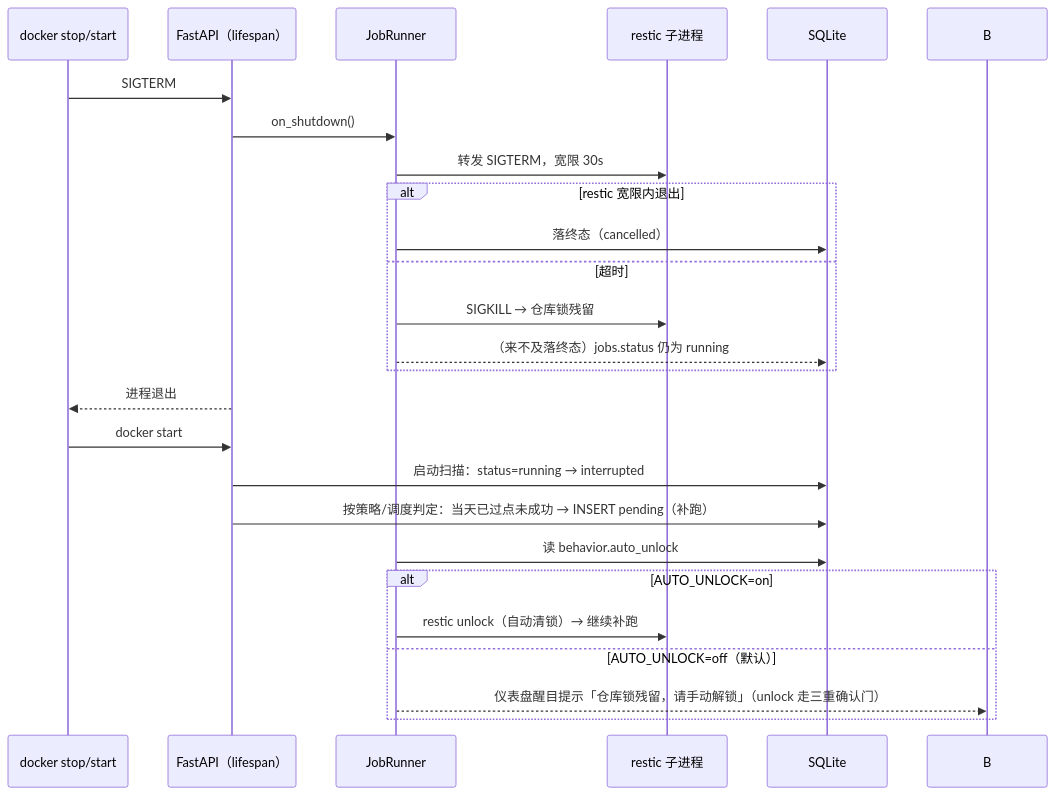
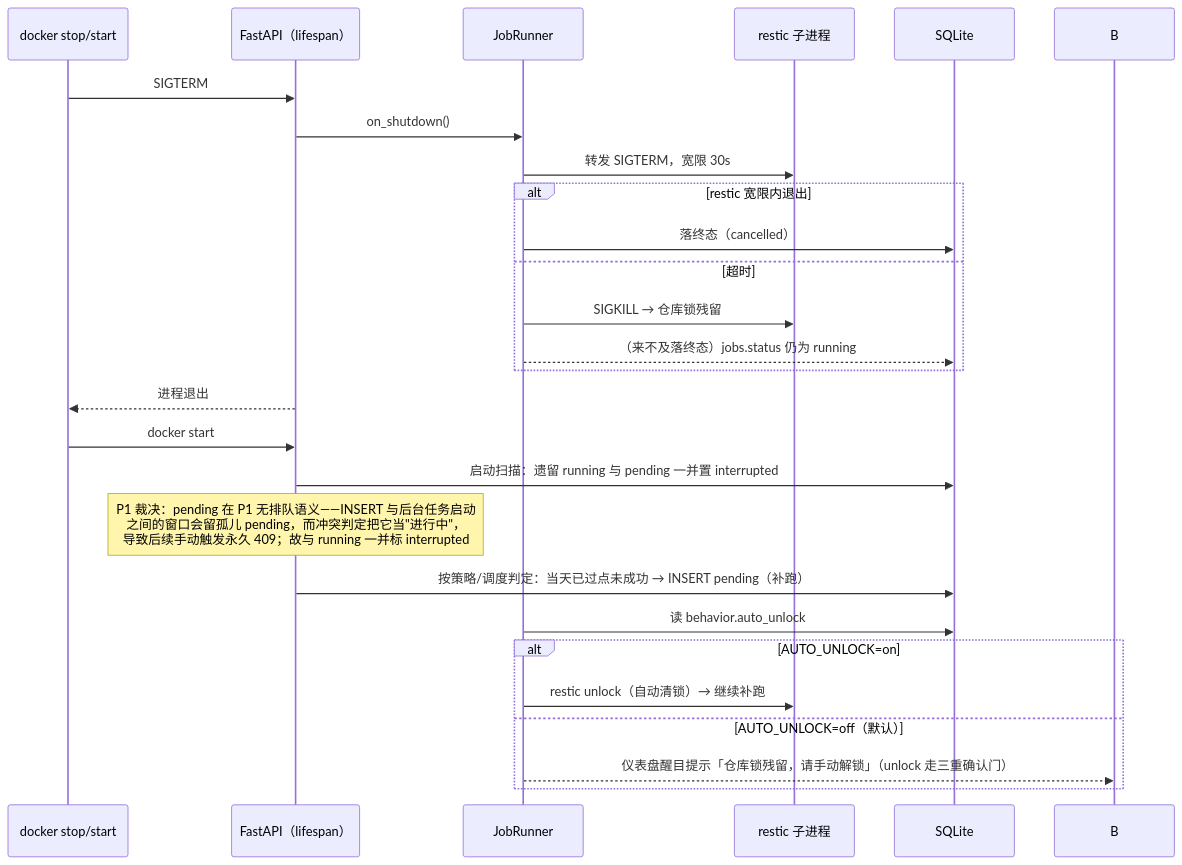
The seventh of 7 diagrams in web版/docs/架构设计文档.md (dolphin738/restic-docker-backup), drawn with Mermaid before and after one commit. The commit also changed other lines of this file and 1 other file, not shown here.

````diff
--- a/web版/docs/架构设计文档.md
+++ b/web版/docs/架构设计文档.md
@@ -648,28 +663,29 @@
 ```mermaid
 sequenceDiagram
     participant DK as docker stop/start
     participant APP as FastAPI（lifespan）
     participant JR as JobRunner
     participant RE as restic 子进程
     participant DB as SQLite
 
     DK->>APP: SIGTERM
     APP->>JR: on_shutdown()
     JR->>RE: 转发 SIGTERM，宽限 30s
     alt restic 宽限内退出
         JR->>DB: 落终态（cancelled）
     else 超时
         JR->>RE: SIGKILL → 仓库锁残留
         JR-->>DB: （来不及落终态）jobs.status 仍为 running
     end
     APP-->>DK: 进程退出
     DK->>APP: docker start
-    APP->>DB: 启动扫描：status=running → interrupted
+    APP->>DB: 启动扫描：遗留 running 与 pending 一并置 interrupted
+    Note over APP: P1 裁决：pending 在 P1 无排队语义——INSERT 与后台任务启动<br/>之间的窗口会留孤儿 pending，而冲突判定把它当"进行中"，<br/>导致后续手动触发永久 409；故与 running 一并标 interrupted
     APP->>DB: 按策略/调度判定：当天已过点未成功 → INSERT pending（补跑）
     JR->>DB: 读 behavior.auto_unlock
     alt AUTO_UNLOCK=on
         JR->>RE: restic unlock（自动清锁）→ 继续补跑
     else AUTO_UNLOCK=off（默认）
         JR-->>B: 仪表盘醒目提示「仓库锁残留，请手动解锁」（unlock 走三重确认门）
     end
 ```
````
